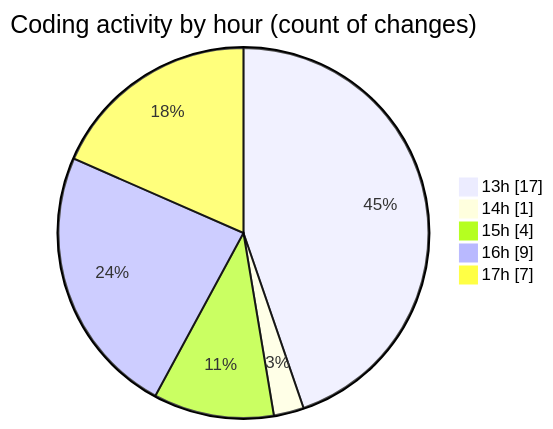
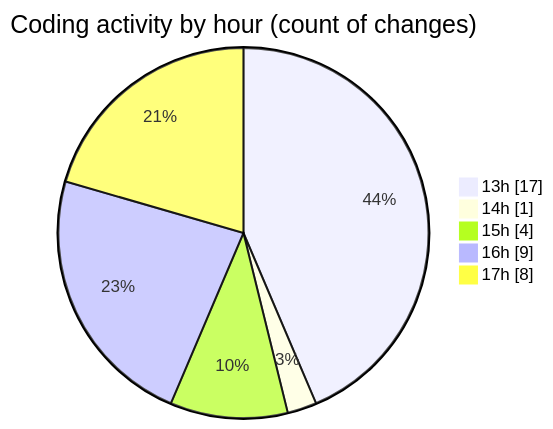
One commit to momahboobian/code-tracking changed the second of 2 diagrams in 2026-10-23/cda/README.md. Above: the diagram before and after it, drawn with Mermaid. The commit also changed other lines of this file and 1 other file, not shown here.

````diff
--- a/2026-10-23/cda/README.md
+++ b/2026-10-23/cda/README.md
@@ -45,9 +46,9 @@
 ```mermaid
 pie showData
 title Coding activity by hour (count of changes)
 "13h" : 17
 "14h" : 1
 "15h" : 4
 "16h" : 9
-"17h" : 7
+"17h" : 8
 ```
````
